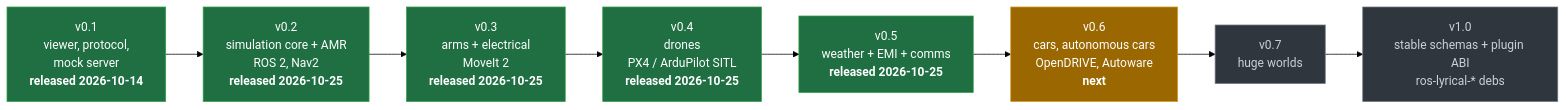
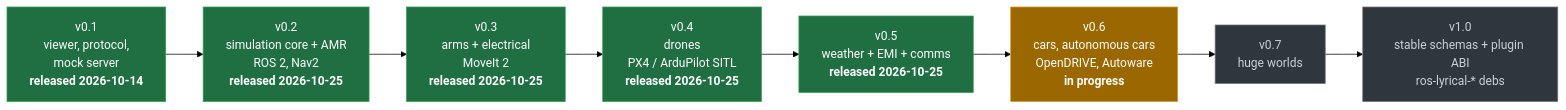
One commit to Open-Physical-Systems/Lagrange changed the first of 2 diagrams in docs/plan/progress.md. Above: the diagram before and after it, drawn with Mermaid (forest theme). The commit also changed other lines of this file, not shown here.

````diff
--- a/docs/plan/progress.md
+++ b/docs/plan/progress.md
@@ -7,16 +7,16 @@
 ```mermaid
 flowchart LR
     v01["v0.1<br/>viewer, protocol,<br/>mock server<br/><b>released 2026-10-14</b>"]:::done
     v02["v0.2<br/>simulation core + AMR<br/>ROS 2, Nav2<br/><b>released 2026-10-25</b>"]:::done
     v03["v0.3<br/>arms + electrical<br/>MoveIt 2<br/><b>released 2026-10-25</b>"]:::done
     v04["v0.4<br/>drones<br/>PX4 / ArduPilot SITL<br/><b>released 2026-10-25</b>"]:::done
     v05["v0.5<br/>weather + EMI + comms<br/><b>released 2026-10-25</b>"]:::done
-    v06["v0.6<br/>cars, autonomous cars<br/>OpenDRIVE, Autoware<br/><b>next</b>"]:::now
+    v06["v0.6<br/>cars, autonomous cars<br/>OpenDRIVE, Autoware<br/><b>in progress</b>"]:::now
     v07["v0.7<br/>huge worlds"]:::todo
     v10["v1.0<br/>stable schemas + plugin ABI<br/>ros-lyrical-* debs"]:::todo
     v01 --> v02 --> v03 --> v04 --> v05 --> v06 --> v07 --> v10
 
     classDef done fill:#1f6f43,stroke:#2ea043,color:#fff
     classDef now fill:#9a6700,stroke:#d29922,color:#fff
     classDef todo fill:#30363d,stroke:#6e7681,color:#c9d1d9
 ```
````
